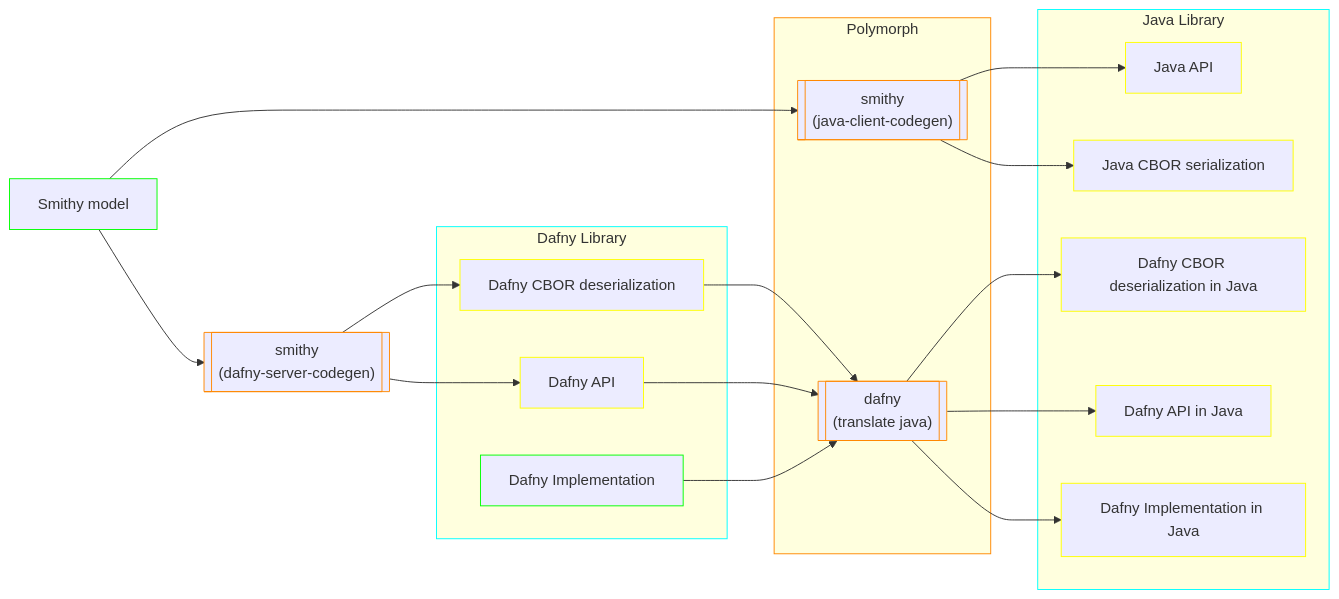
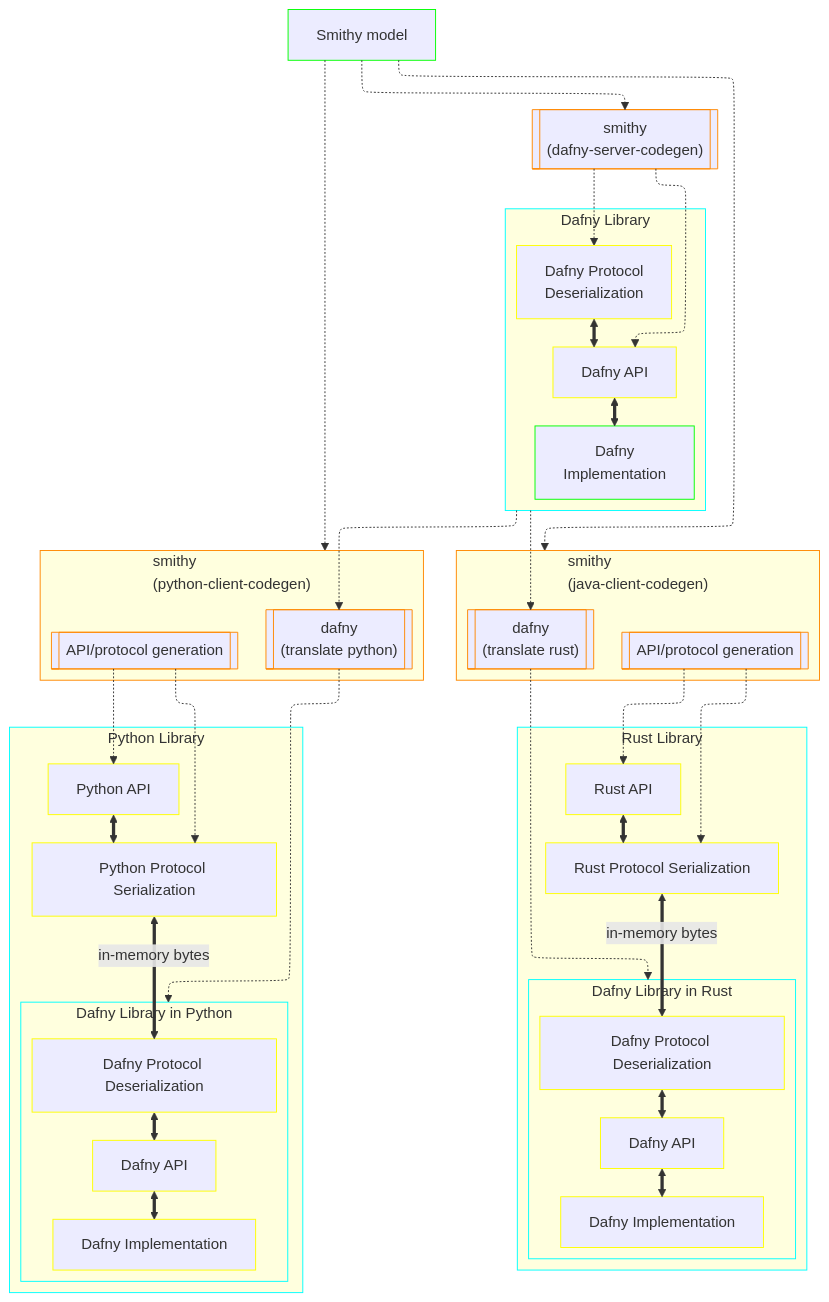
The diagram in designs/polymorphing-dafny-to-java-cbor.md (awslabs/smithy-dafny), drawn with Mermaid before and after one commit. The commit also changed 2 other files, not shown here.

Commit message:
Better approach to diagrams

````diff
--- a/designs/polymorphing-dafny-to-java-cbor.md
+++ b/designs/polymorphing-dafny-to-java-cbor.md
@@ -1,42 +1,83 @@
 ```mermaid
-flowchart LR
+%%{init: {"flowchart": {"defaultRenderer": "elk"}} }%%
+flowchart TB
     classDef Process stroke:#f80
     classDef Library stroke:#0ff
     classDef Authored stroke:#0f0
     classDef Generated stroke:#ff0
 
-    Smithy["Smithy model"]:::Authored
+    SmithyModel["Smithy model"]:::Authored
+
+    SmithySourceServerCodegen[["smithy
+        (dafny-server-codegen)"]]:::Process
 
     subgraph SourceProject["Dafny Library"]
-        SourceDeserialization["Dafny CBOR deserialization"]:::Generated
+        SourceProtocolDeserialization["Dafny Protocol
+        Deserialization"]:::Generated
         SourceAPI["Dafny API"]:::Generated
-        SourceImpl["Dafny Implementation"]:::Authored
+        SourceImpl["Dafny
+        Implementation"]:::Authored
+       
+        SourceProtocolDeserialization <==> SourceAPI <==> SourceImpl
     end
     SourceProject:::Library
 
-    subgraph Polymorph
-        SmithyTargetClient[["smithy
-        (java-client-codegen)"]]:::Process
+    SmithyModel -.-> SmithySourceServerCodegen -.-> SourceProtocolDeserialization & SourceAPI
+
+    subgraph SmithyTargetClientCodegen["smithy 
+                                    (java-client-codegen)"]
+        SmithyTargetAPICodegen[["API/protocol generation"]]:::Process
 
         Compiler[["dafny
-        (translate java)"]]:::Process
+        (translate rust)"]]:::Process
     end
-    Polymorph:::Process
+    SmithyTargetClientCodegen:::Process
 
-    SmithySourceClient[["smithy
-    (dafny-server-codegen)"]]:::Process
+    subgraph TargetProject["Rust Library"]
+        TargetAPI["Rust API"]:::Generated
+        TargetProtocolSerialization["Rust Protocol Serialization"]:::Generated
 
-    subgraph TargetProject["Java Library"]
-        TargetAPI["Java API"]:::Generated
-        TargetSerialization["Java CBOR serialization"]:::Generated
-        SourceDeserializationInTarget["Dafny CBOR deserialization in Java"]:::Generated
-        SourceAPIInTarget["Dafny API in Java"]:::Generated
-        SourceImplInTarget["Dafny Implementation in Java"]:::Generated
+        subgraph SourceEmbeddedInTarget["Dafny Library in Rust"]
+            SourceProtocolDeserializationInTarget["Dafny Protocol Deserialization"]:::Generated
+            SourceAPIInTarget["Dafny API"]:::Generated
+            SourceImplInTarget["Dafny Implementation"]:::Generated
+        end
+        SourceEmbeddedInTarget:::Library
+
+        TargetAPI <==> TargetProtocolSerialization <== in-memory bytes ==> SourceProtocolDeserializationInTarget <==> SourceAPIInTarget <==> SourceImplInTarget
     end
     TargetProject:::Library
 
-    Smithy --> SmithyTargetClient --> TargetAPI & TargetSerialization
-    Smithy --> SmithySourceClient --> SourceDeserialization & SourceAPI
-    SourceDeserialization & SourceAPI & SourceImpl --> Compiler --> SourceDeserializationInTarget & SourceAPIInTarget & SourceImplInTarget
+    SmithyModel -.-> SmithyTargetClientCodegen
+    SmithyTargetAPICodegen -.-> TargetAPI & TargetProtocolSerialization
+    SourceProject -.-> Compiler -.-> SourceEmbeddedInTarget
+
+    subgraph SmithyTarget2ClientCodegen["smithy 
+                                    (python-client-codegen)"]
+        SmithyTarget2APICodegen[["API/protocol generation"]]:::Process
+
+        Compiler2[["dafny
+        (translate python)"]]:::Process
+    end
+    SmithyTarget2ClientCodegen:::Process
+
+    subgraph Target2Project["Python Library"]
+        Target2API["Python API"]:::Generated
+        Target2ProtocolSerialization["Python Protocol Serialization"]:::Generated
+            
+        subgraph SourceEmbeddedInTarget2["Dafny Library in Python"]
+            SourceProtocolDeserializationInTarget2["Dafny Protocol Deserialization"]:::Generated
+            SourceAPIInTarget2["Dafny API"]:::Generated
+            SourceImplInTarget2["Dafny Implementation"]:::Generated
+        end
+        SourceEmbeddedInTarget2:::Library
+
+        Target2API <==> Target2ProtocolSerialization <== in-memory bytes ==> SourceProtocolDeserializationInTarget2 <==> SourceAPIInTarget2 <==> SourceImplInTarget2
+    end
+    Target2Project:::Library
+
+    SmithyModel -.-> SmithyTarget2ClientCodegen
+    SmithyTarget2APICodegen -.-> Target2API & Target2ProtocolSerialization
+    SourceProject -.-> Compiler2 -.-> SourceEmbeddedInTarget2
 
 ```
````
